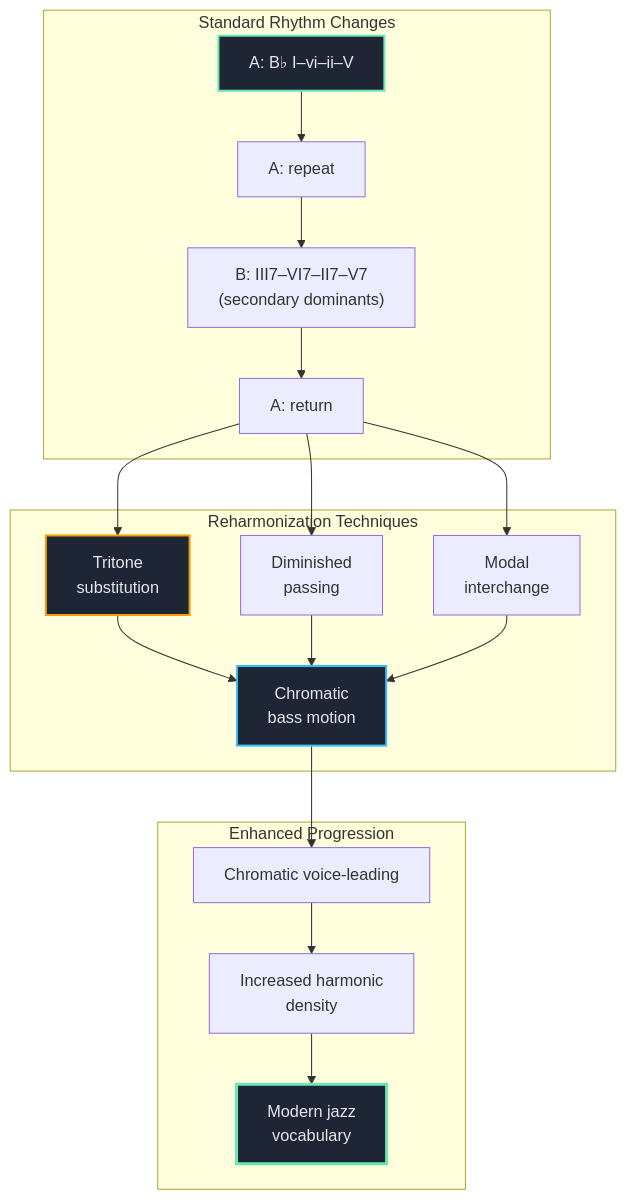
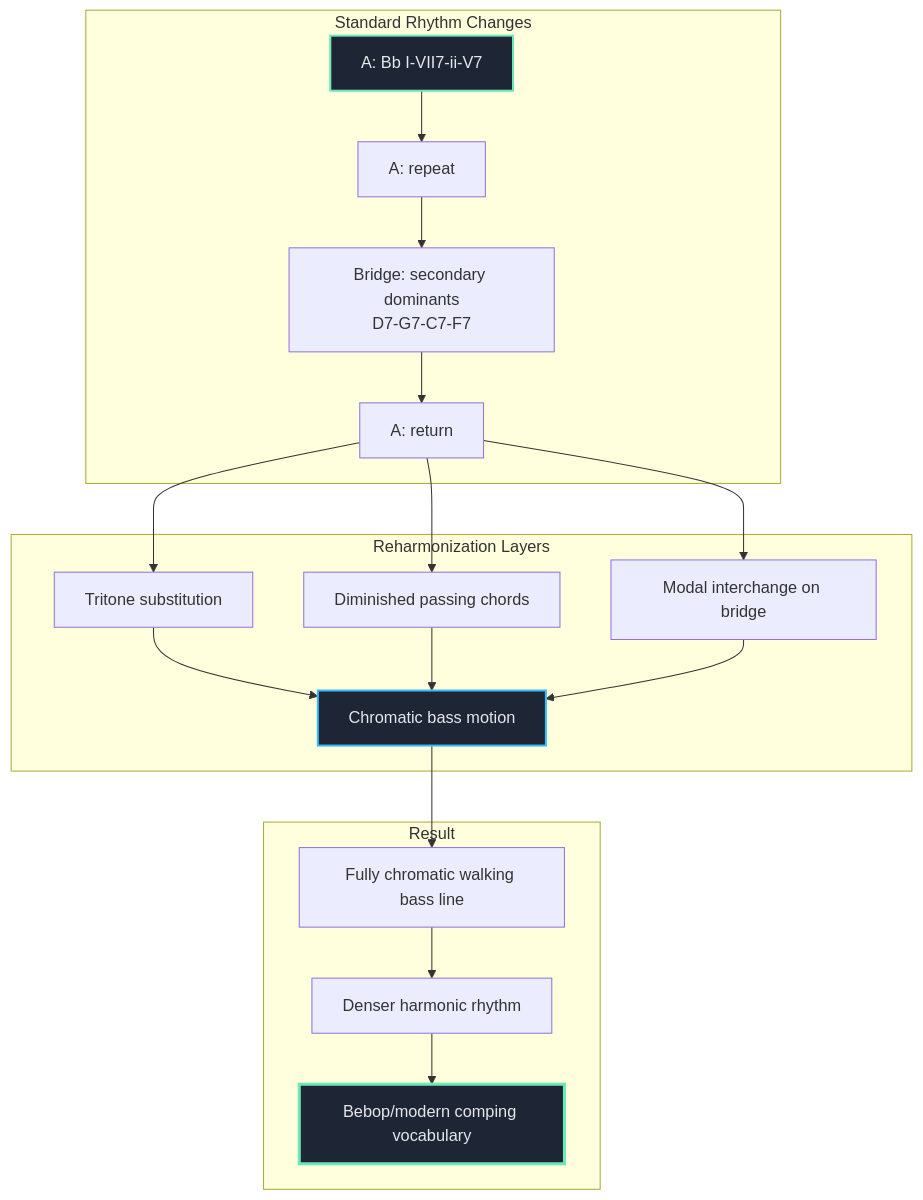
One commit to blebleblee/synapse changed the fifth of 5 diagrams in topics/arts/composition/jazz_harmony/labs.md. Above: the diagram before and after it, drawn with Mermaid. The commit also changed other lines of this file and 4 other files, not shown here.

````diff
--- a/topics/arts/composition/jazz_harmony/labs.md
+++ b/topics/arts/composition/jazz_harmony/labs.md
@@ -1207,29 +541,24 @@
 ```mermaid
 graph TB
     subgraph sub_standard ["Standard Rhythm Changes"]
-        A["A: B♭ I–vi–ii–V"] --> B["A: repeat"]
-        B --> C["B: III7–VI7–II7–V7<br/>(secondary dominants)"]
+        A["A: Bb I-VII7-ii-V7"] --> B["A: repeat"]
+        B --> C["Bridge: secondary dominants<br/>D7-G7-C7-F7"]
         C --> D["A: return"]
     end
-    
-    subgraph sub_reharmonization ["Reharmonization Techniques"]
-        E["Tritone<br/>substitution"] --> F["Chromatic<br/>bass motion"]
-        G["Diminished<br/>passing"] --> F
-        H["Modal<br/>interchange"] --> F
+    subgraph sub_reharm ["Reharmonization Layers"]
+        E["Tritone substitution"] --> F["Chromatic bass motion"]
+        G["Diminished passing chords"] --> F
+        H["Modal interchange on bridge"] --> F
     end
-    
-    subgraph sub_result ["Enhanced Progression"]
-        I["Chromatic voice-leading"] --> J["Increased harmonic<br/>density"]
-        J --> K["Modern jazz<br/>vocabulary"]
+    subgraph sub_result ["Result"]
+        I["Fully chromatic walking bass line"] --> J["Denser harmonic rhythm"]
+        J --> K["Bebop/modern comping vocabulary"]
     end
-    
     D --> E
     D --> G
     D --> H
     F --> I
-    
     style A fill:#1E2636,stroke:#6EE7B7,stroke-width:2px,color:#E5E7EB
-    style E fill:#1E2636,stroke:#F59E0B,stroke-width:2px,color:#E5E7EB
     style F fill:#1E2636,stroke:#38BDF8,stroke-width:2px,color:#E5E7EB
     style K fill:#1E2636,stroke:#6EE7B7,stroke-width:3px,color:#E5E7EB
 ```
````
